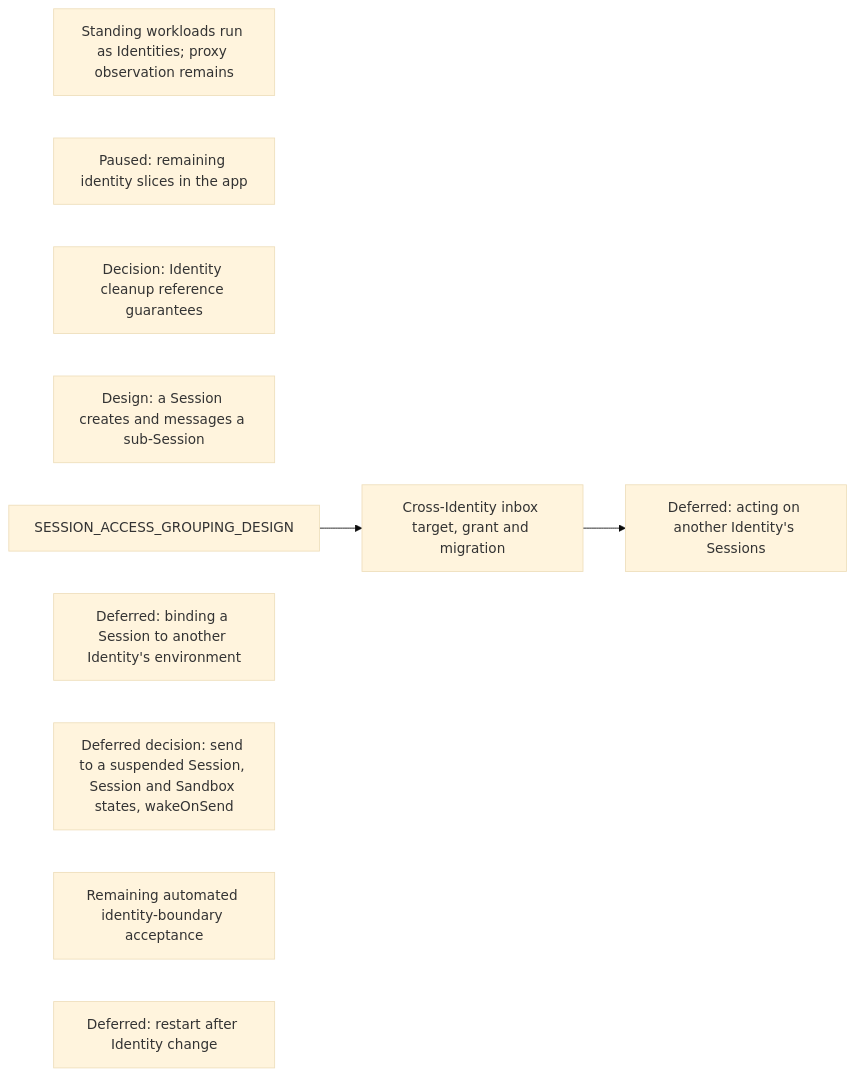
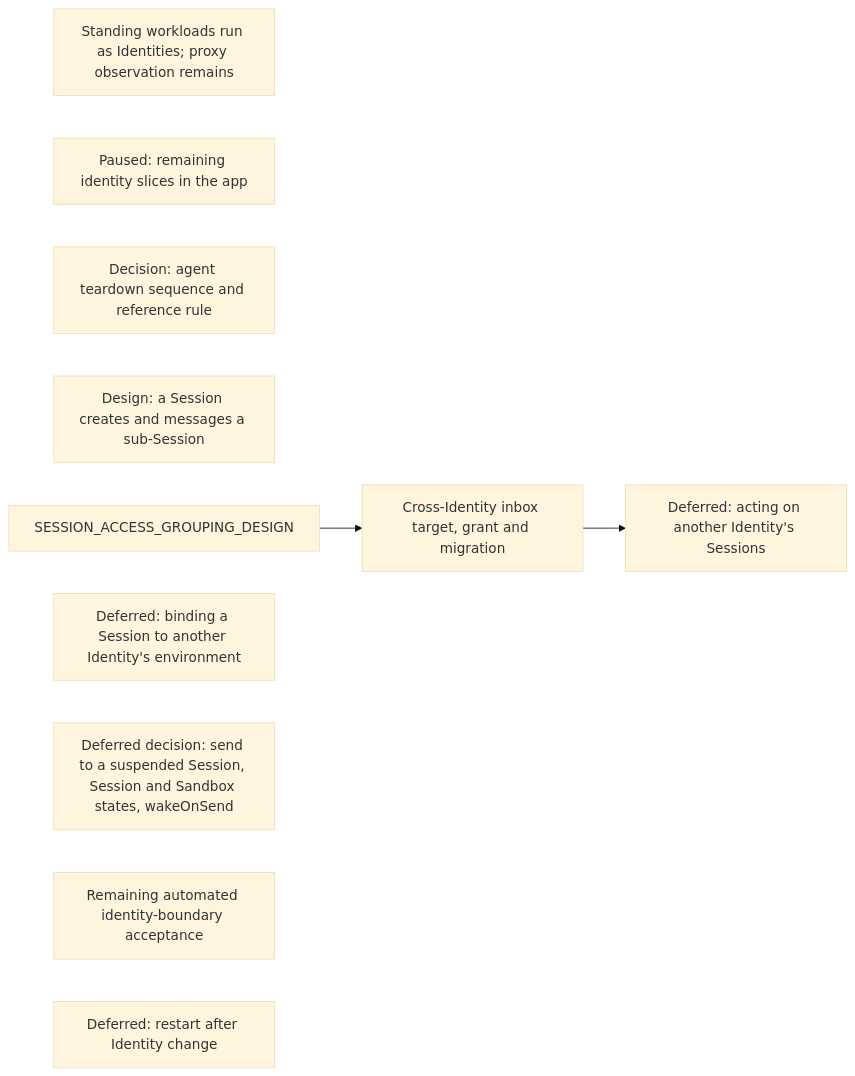
One commit to agentydragon/ducktape changed diagram 16 of 18 in agentplane/plans/task_dag.md. Above: the diagram before and after it, drawn with Mermaid (base theme). The commit also changed other lines of this file and 3 other files, not shown here.

First line of the commit message:
Plan agent teardown: sequence, reference rule and enforcement options

````diff
--- a/agentplane/plans/task_dag.md
+++ b/agentplane/plans/task_dag.md
@@ -3540,13 +3542,13 @@
 ```mermaid
 flowchart LR
     STANDING_WORKLOAD_IDENTITY[Standing workloads run as Identities; proxy observation remains]
     APP_IDENTITIES_UI[Paused: remaining identity slices in the app]
-    IDENTITY_CLEANUP_REFERENCE_DECISION[Decision: Identity cleanup reference guarantees]
+    AGENT_TEARDOWN_DESIGN[Decision: agent teardown sequence and reference rule]
     SESSION_SUBAGENT_DELEGATION[Design: a Session creates and messages a sub-Session]
     SESSION_ACCESS_GROUPING_DESIGN --> SESSION_IDENTITY_AUTHZ[Cross-Identity inbox target, grant and migration]
     SESSION_IDENTITY_AUTHZ --> SESSION_CROSS_IDENTITY_AUTHORITY[Deferred: acting on another Identity's Sessions]
     CROSS_IDENTITY_SESSION_BINDING[Deferred: binding a Session to another Identity's environment]
     WAKE_ON_DELIVERY_DESIGN[Deferred decision: send to a suspended Session, Session and Sandbox states, wakeOnSend]
     IDENTITY_SYSTEM_TESTS[Remaining automated identity-boundary acceptance]
     SANDBOX_IDENTITY_CHANGE_CHECKPOINT[Deferred: restart after Identity change]
 ```
````
